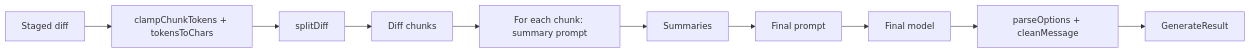
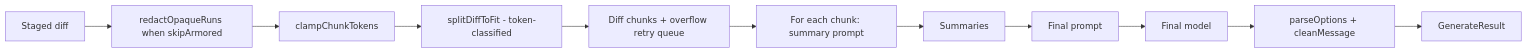
The fourth of 7 diagrams in WALKTHROUGH.md (synmux/claude-commit), drawn with Mermaid before and after one commit. The commit also changed other lines of this file and 13 other files, not shown here.

````diff
--- a/WALKTHROUGH.md
+++ b/WALKTHROUGH.md
@@ -169,12 +172,13 @@
 ```mermaid
 flowchart LR
-  diff[Staged diff] --> budget[clampChunkTokens + tokensToChars]
-  budget --> split[splitDiff]
-  split --> chunks[Diff chunks]
+  diff[Staged diff] --> redact[redactOpaqueRuns when skipArmored]
+  redact --> budget[clampChunkTokens]
+  budget --> split[splitDiffToFit - token-classified]
+  split --> chunks[Diff chunks + overflow retry queue]
   chunks --> summaryLoop[For each chunk: summary prompt]
   summaryLoop --> summaries[Summaries]
   summaries --> finalPrompt[Final prompt]
   finalPrompt --> finalModel[Final model]
   finalModel --> clean[parseOptions + cleanMessage]
   clean --> result[GenerateResult]
 ```
````
